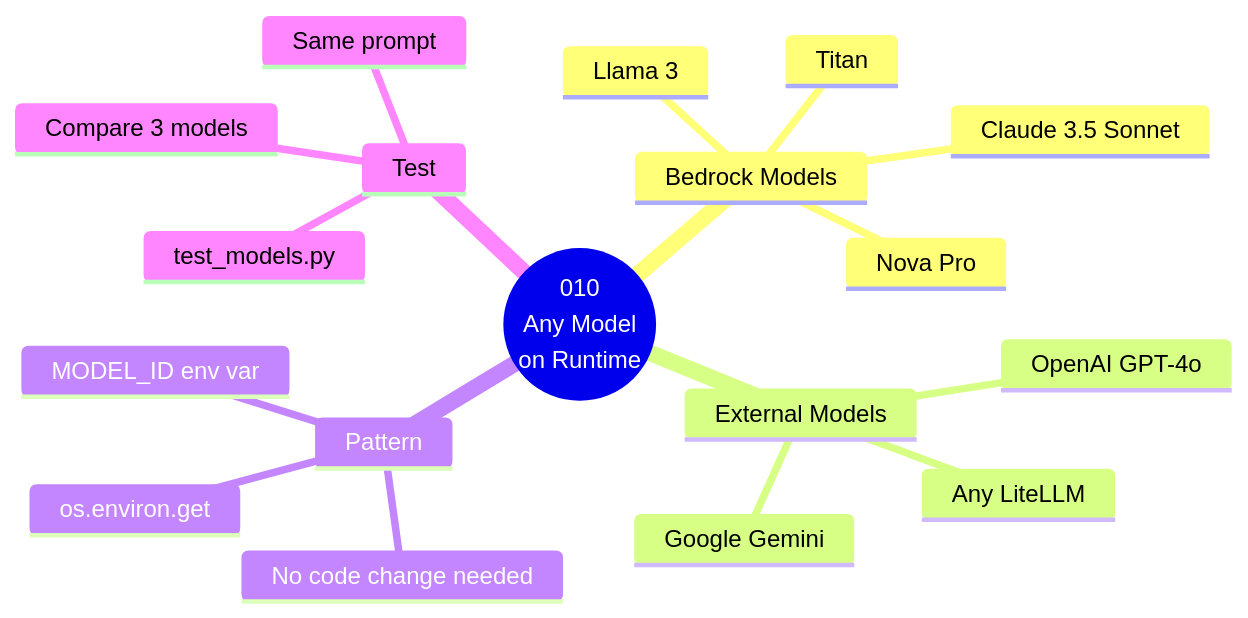
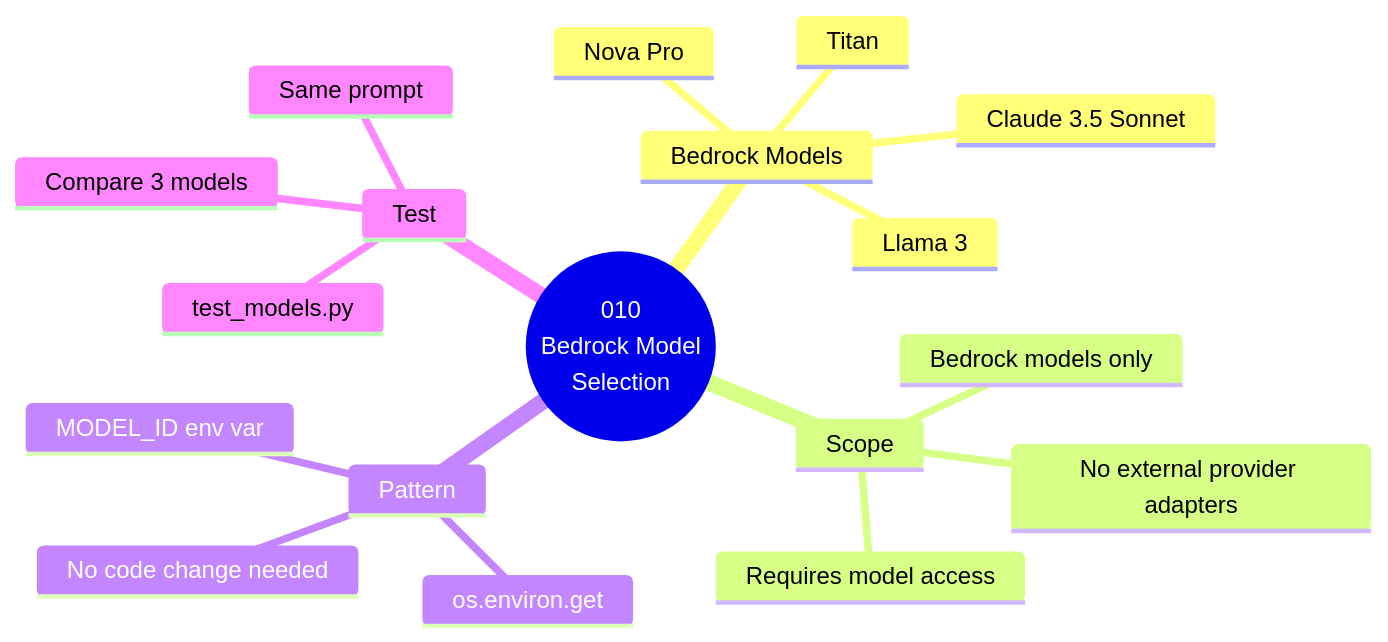
One commit to anveshmuppeda/agents-on-aws changed the third of 3 diagrams in 01-runtime/010-runtime-any-model/README.md. Above: the diagram before and after it, drawn with Mermaid. The commit also changed other lines of this file and 38 other files, not shown here.

````diff
--- a/01-runtime/010-runtime-any-model/README.md
+++ b/01-runtime/010-runtime-any-model/README.md
@@ -95,23 +93,23 @@
 ```mermaid
 mindmap
   root((010
-Any Model
-on Runtime))
+Bedrock Model
+Selection))
     Bedrock Models
       Nova Pro
       Claude 3.5 Sonnet
       Llama 3
       Titan
-    External Models
-      OpenAI GPT-4o
-      Google Gemini
-      Any LiteLLM
+    Scope
+      Bedrock models only
+      Requires model access
+      No external provider adapters
     Pattern
       MODEL_ID env var
       os.environ.get
       No code change needed
     Test
       test_models.py
       Compare 3 models
       Same prompt
 ```
````
